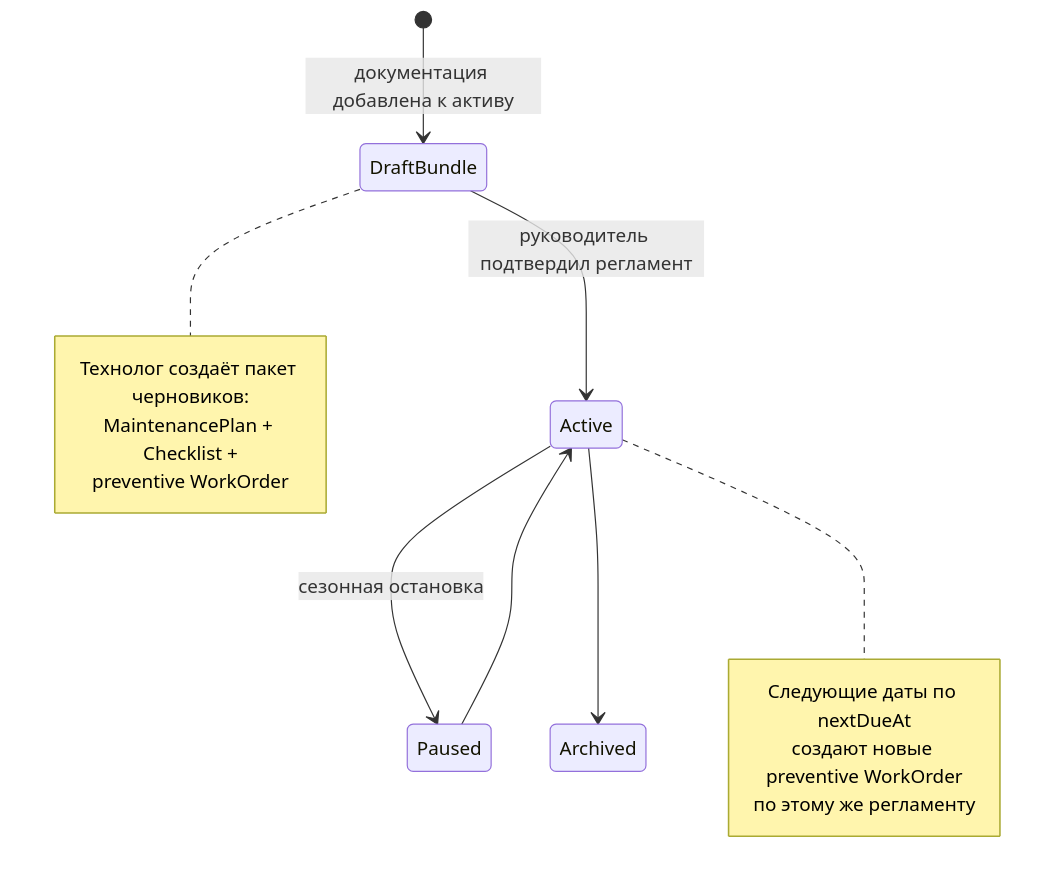
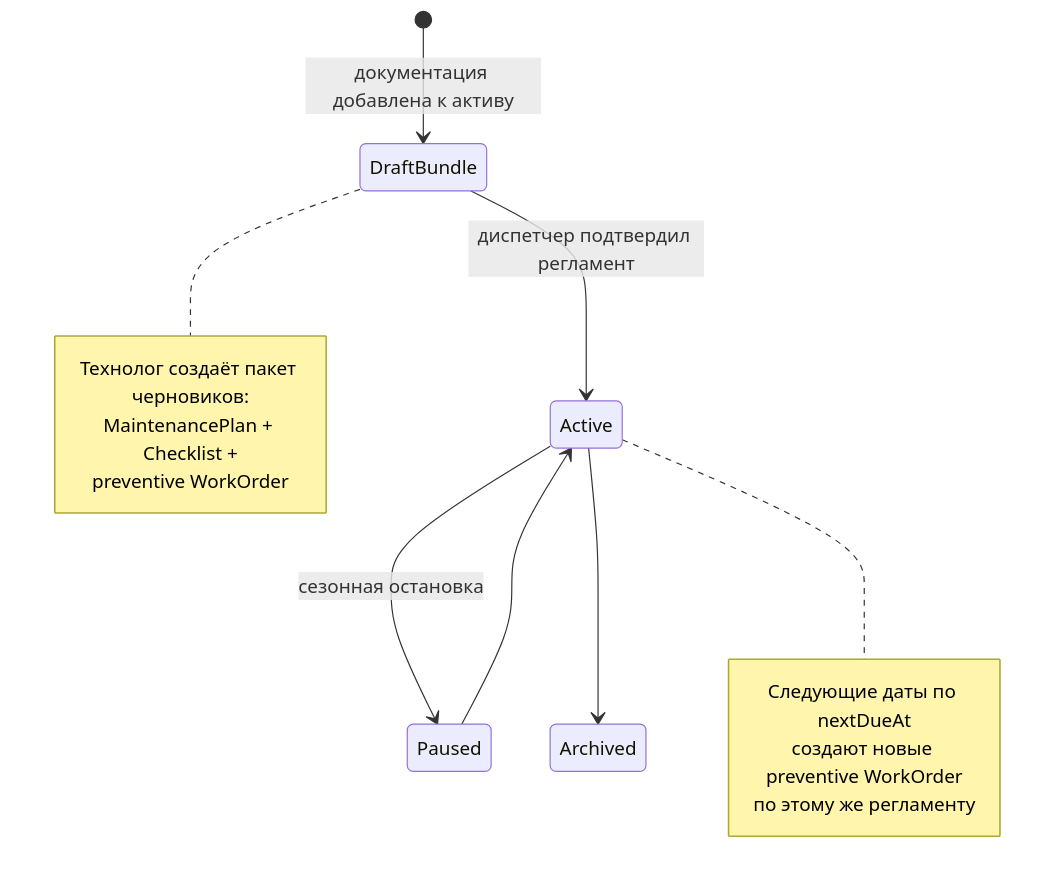
One commit to masterdoc-app/masterdoc changed the fifth of 12 diagrams in TOIR_AI_SYSTEM_DESIGN.md. Above: the diagram before and after it, drawn with Mermaid. The commit also changed other lines of this file, not shown here.

````diff
--- a/TOIR_AI_SYSTEM_DESIGN.md
+++ b/TOIR_AI_SYSTEM_DESIGN.md
@@ -313,18 +313,18 @@
 ```mermaid
 stateDiagram-v2
   [*] --> DraftBundle: документация добавлена к активу
-  DraftBundle --> Active: руководитель подтвердил регламент
+  DraftBundle --> Active: диспетчер подтвердил регламент
   Active --> Paused: сезонная остановка
   Paused --> Active
   Active --> Archived
   note right of DraftBundle
     Технолог создаёт пакет черновиков:
     MaintenancePlan + Checklist +
     preventive WorkOrder
   end note
   note right of Active
     Следующие даты по nextDueAt
     создают новые preventive WorkOrder
     по этому же регламенту
   end note
 ```
````
